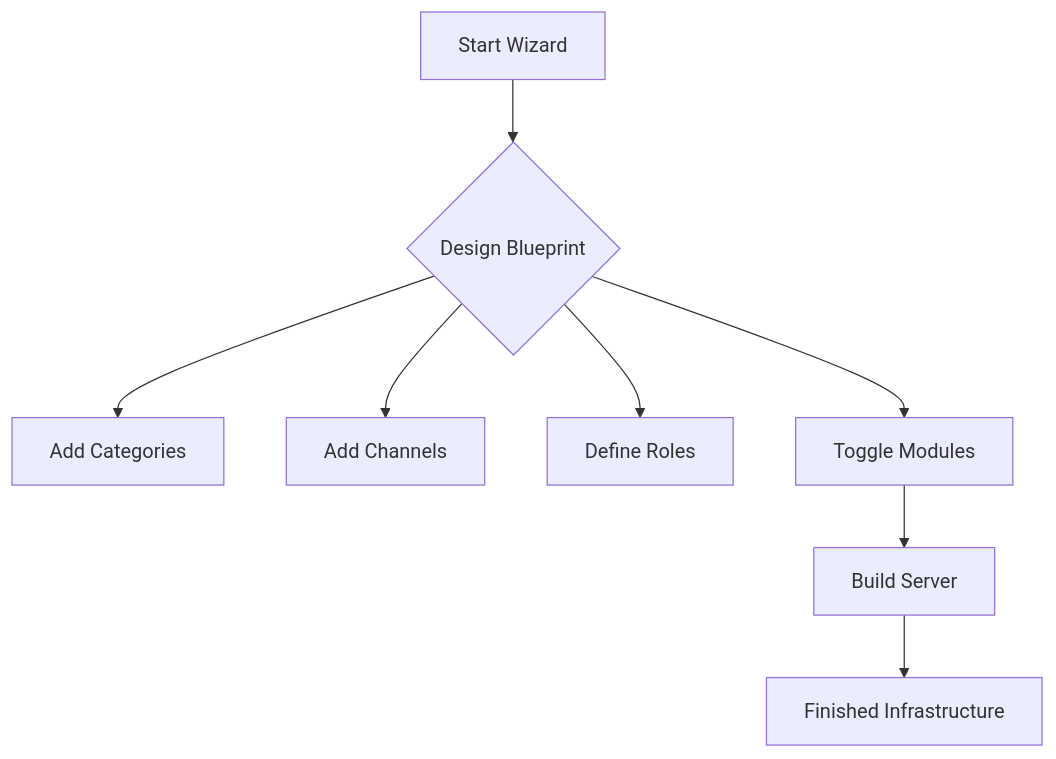
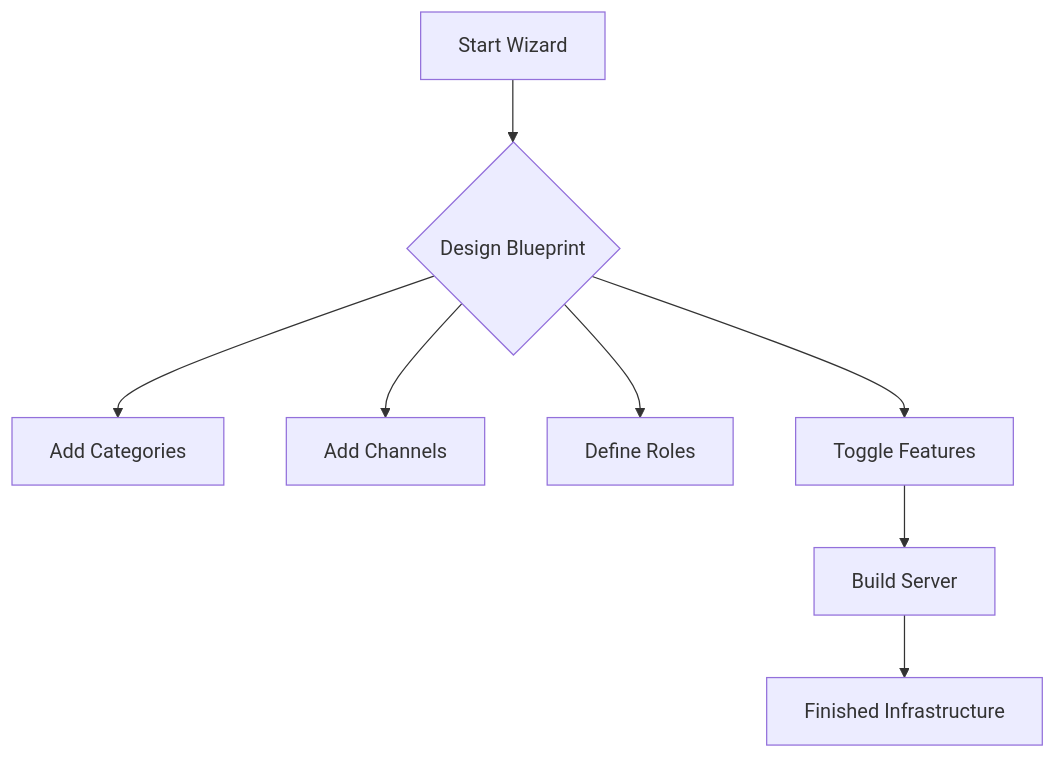
One commit to fenruko/arachanid changed the diagram in docs/getting-started/architect.md. Above: the diagram before and after it, drawn with Mermaid. The commit also changed other lines of this file and 4 other files, not shown here.

```diff
--- a/docs/getting-started/architect.md
+++ b/docs/getting-started/architect.md
@@ -9,10 +9,10 @@
 <div class="mermaid">
 graph TD
     A[Start Wizard] --> B{Design Blueprint}
     B --> C[Add Categories]
     B --> D[Add Channels]
     B --> E[Define Roles]
-    B --> F[Toggle Modules]
+    B --> F[Toggle Features]
     F --> G[Build Server]
     G --> H[Finished Infrastructure]
 </div>
```
